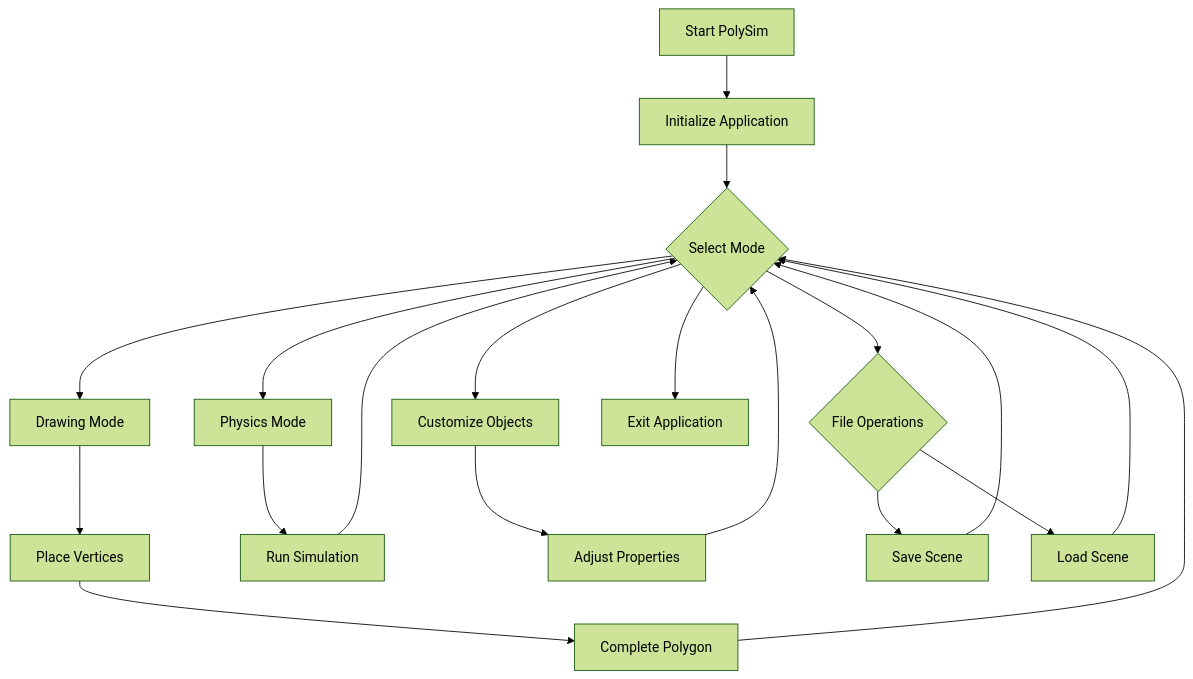
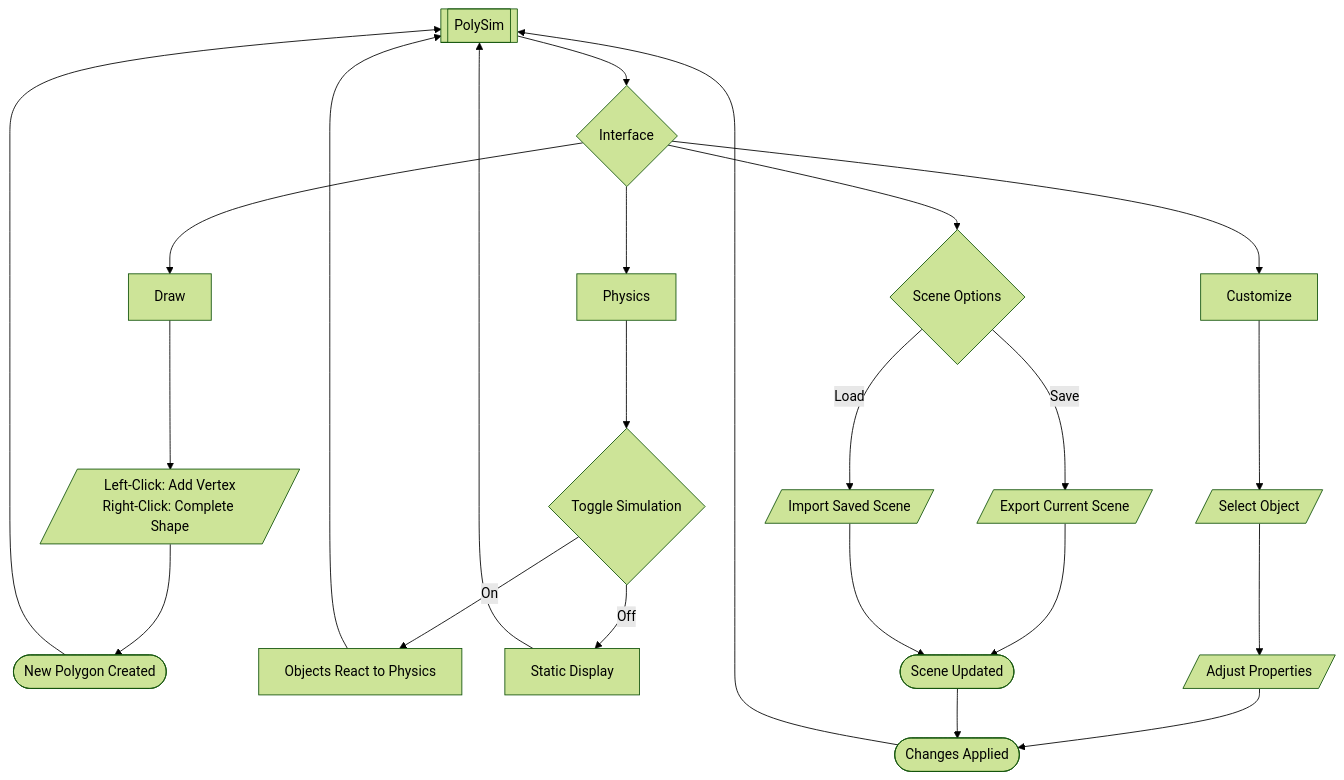
One commit to Splinter047/PolySim changed the diagram in design/logic-flow.mmd. Above: the diagram before and after it, drawn with Mermaid (forest theme). The commit also changed 3 other files, not shown here.

Commit message:
Finalized README and logic flow chart

```diff
--- a/design/logic-flow.mmd
+++ b/design/logic-flow.mmd
@@ -1,29 +1,29 @@
 flowchart TD
-    start[Start PolySim] --> init[Initialize Application]
-    init --> menu{Select Mode}
+    A[["PolySim"]] --> B{Interface}
 
-%% Drawing Mode
-    menu --> draw[Drawing Mode]
-    draw --> place[Place Vertices]
-    place --> complete[Complete Polygon]
-    complete --> menu
+%% Drawing Flow
+    B --> C[Draw]
+    C --> D[/"Left-Click: Add Vertex<br>Right-Click: Complete Shape"/]
+    D --> E([New Polygon Created])
+    E --> A
 
-%% Physics Mode
-    menu --> physics[Physics Mode]
-    physics --> simulate[Run Simulation]
-    simulate --> menu
+%% Physics Flow
+    B --> F[Physics]
+    F --> G{"Toggle Simulation"}
+    G -->|On| H[Objects React to Physics]
+    G -->|Off| I[Static Display]
+    H & I --> A
 
-%% Customize Mode
-    menu --> customize[Customize Objects]
-    customize --> adjust[Adjust Properties]
-    adjust --> menu
+%% Customization Flow
+    B --> J[Customize]
+    J --> K[/"Select Object"/]
+    K --> L[/"Adjust Properties"/]
+    L --> M([Changes Applied])
+    M --> A
 
-%% File Operations
-    menu --> file{File Operations}
-    file --> save[Save Scene]
-    file --> load[Load Scene]
-    save --> menu
-    load --> menu
-
-%% Exit
-    menu --> exit[Exit Application]
+%% Scene Management
+    B --> N{Scene Options}
+    N -->|Save| P[/"Export Current Scene"/]
+    N -->|Load| Q[/"Import Saved Scene"/]
+    P & Q --> R([Scene Updated])
+    R --> M
```
